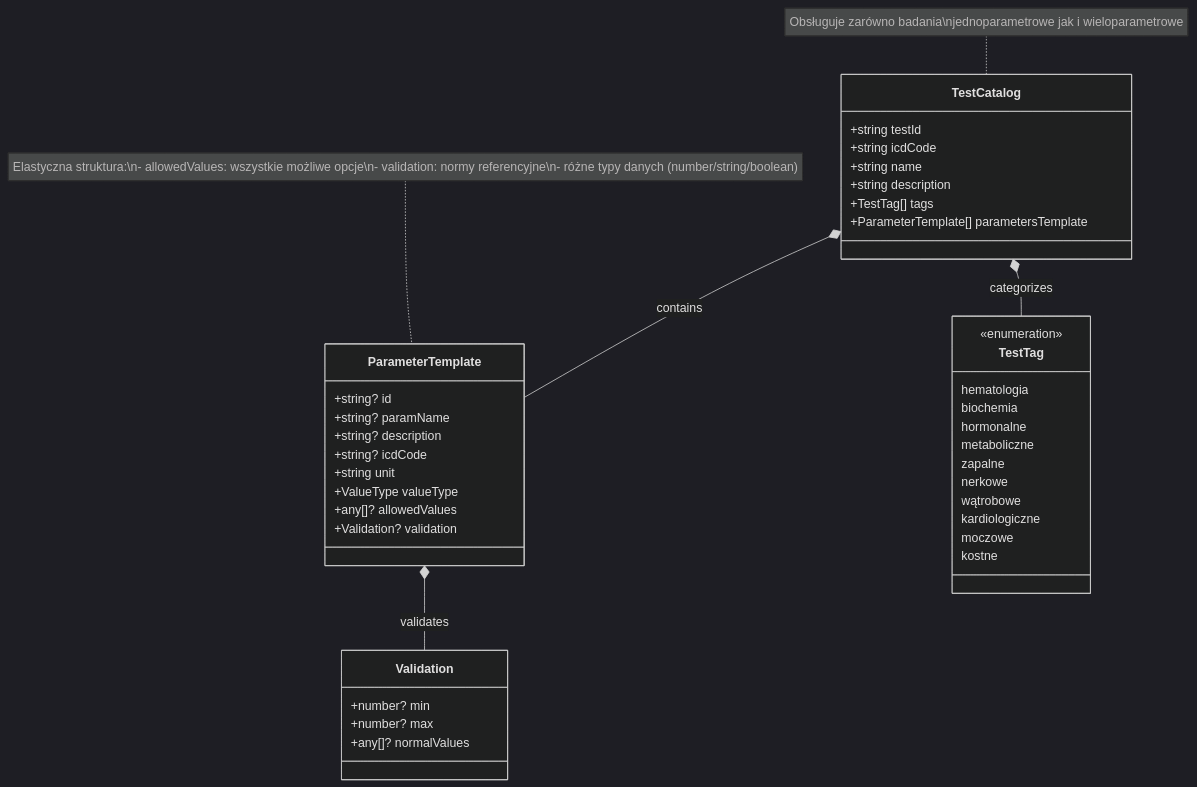
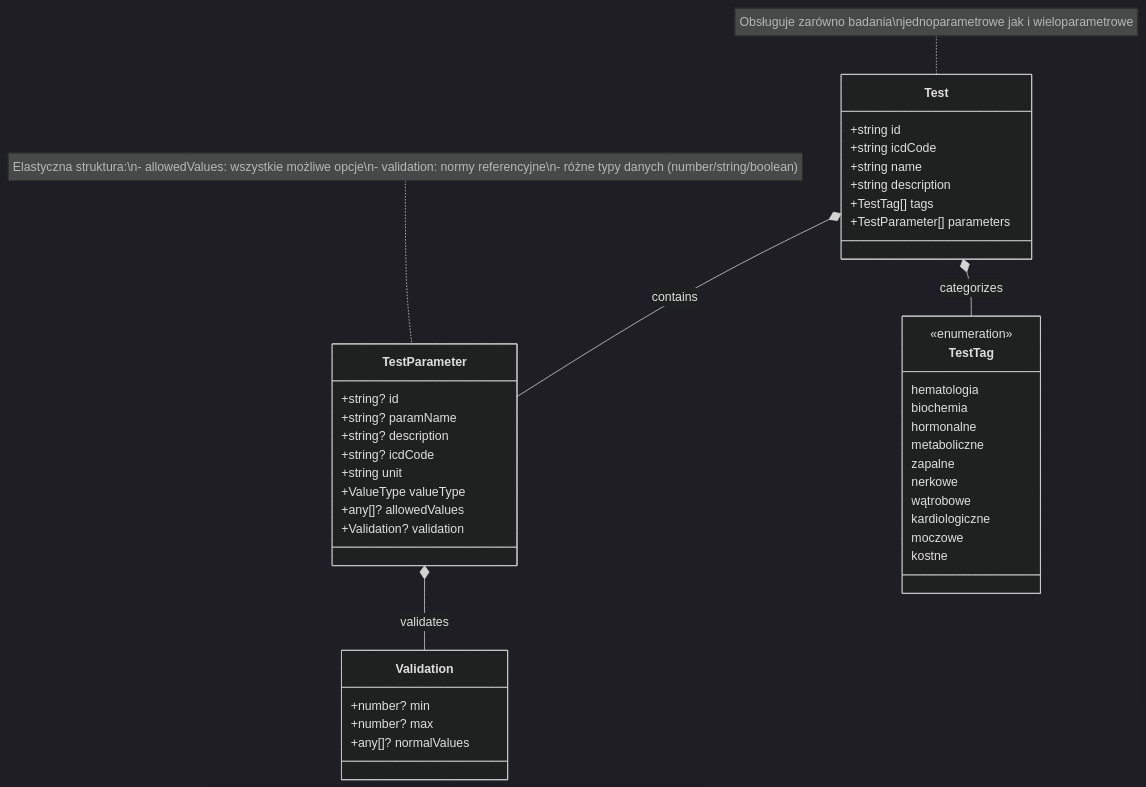
The diagram in docs/domain/domain.md (volago/my-health), drawn with Mermaid (dark theme) before and after one commit. The commit also changed other lines of this file and 10 other files, not shown here.

Commit message:
Refactor domain model by renaming `TestCatalog` to `Test` and `ParameterTemplate` to `TestParameter`, updating related documentation and sample data accordingly. Adjusted data structure in services and components to reflect these changes.

````diff
--- a/docs/domain/domain.md
+++ b/docs/domain/domain.md
@@ -254,49 +254,49 @@
 ```mermaid
 classDiagram
-    TestCatalog *-- ParameterTemplate : contains
-    TestCatalog *-- TestTag : categorizes
+    Test *-- TestParameter : contains
+    Test *-- TestTag : categorizes
     
-    class TestCatalog {
-        +string testId
+    class Test {
+        +string id
         +string icdCode
         +string name
         +string description
         +TestTag[] tags
-        +ParameterTemplate[] parametersTemplate
+        +TestParameter[] parameters
     }
     
-    class ParameterTemplate {
+    class TestParameter {
         +string? id
         +string? paramName
         +string? description
         +string? icdCode
         +string unit
         +ValueType valueType
         +any[]? allowedValues
         +Validation? validation
     }
     
     class Validation {
         +number? min
         +number? max
         +any[]? normalValues
     }
     
     class TestTag {
         <<enumeration>>
         hematologia
         biochemia
         hormonalne
         metaboliczne
         zapalne
         nerkowe
         wątrobowe
         kardiologiczne
         moczowe
         kostne
     }
     
-    ParameterTemplate *-- Validation : validates
-    note for TestCatalog "Obsługuje zarówno badania\njednoparametrowe jak i wieloparametrowe"
-    note for ParameterTemplate "Elastyczna struktura:\n- allowedValues: wszystkie możliwe opcje\n- validation: normy referencyjne\n- różne typy danych (number/string/boolean)"
+    TestParameter *-- Validation : validates
+    note for Test "Obsługuje zarówno badania\njednoparametrowe jak i wieloparametrowe"
+    note for TestParameter "Elastyczna struktura:\n- allowedValues: wszystkie możliwe opcje\n- validation: normy referencyjne\n- różne typy danych (number/string/boolean)"
 ``` 
````
